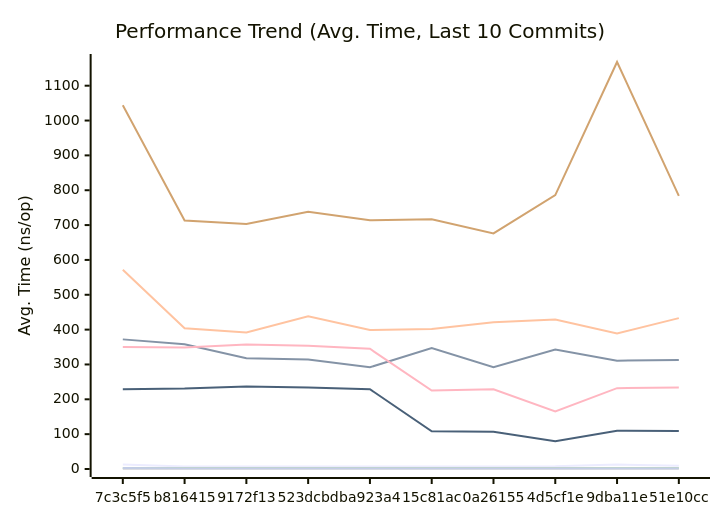
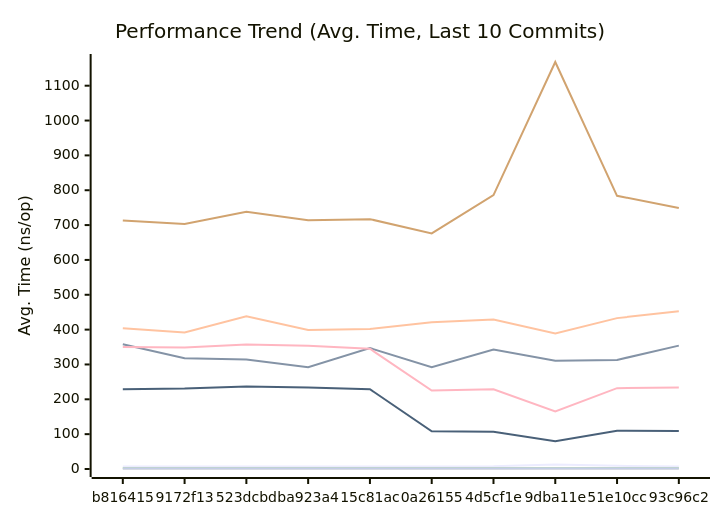
Before and after one commit to alsotoes/momo: the first of 3 diagrams in docs/PERFORMANCE.md, drawn with Mermaid. The commit also changed other lines of this file and 2 other files, not shown here.

````diff
--- a/docs/PERFORMANCE.md
+++ b/docs/PERFORMANCE.md
@@ -80,16 +80,16 @@
 ```mermaid
 xychart-beta
     title "Performance Trend (Avg. Time, Last 10 Commits)"
     x-axis "Commit"
     y-axis "Avg. Time (ns/op)"
-    x-axis [7c3c5f5,b816415,9172f13,523dcbd,ba923a4,15c81ac,0a26155,4d5cf1e,9dba11e,51e10cc]
-    line "CheckMetricsAndSwap" [13,7,7,7,7,7,7,8,13,9]
-    line "CrushOptimized" [372,358,318,314,292,347,292,343,311,313]
-    line "CrushOriginal" [572,404,392,438,399,402,421,429,389,433]
+    x-axis [b816415,9172f13,523dcbd,ba923a4,15c81ac,0a26155,4d5cf1e,9dba11e,51e10cc,93c96c2]
+    line "CheckMetricsAndSwap" [7,7,7,7,7,7,8,13,9,7]
+    line "CrushOptimized" [358,318,314,292,347,292,343,311,313,354]
+    line "CrushOriginal" [404,392,438,399,402,421,429,389,433,453]
     line "IndexDirectTracking" [0,0,0,0,0,0,0,0,0,0]
     line "IndexSearch" [3,3,3,3,3,3,3,3,3,3]
-    line "LoadGlobalConfig" [1044,713,703,738,714,717,676,786,1168,784]
-    line "PadString" [3,2,2,2,2,2,2,2,2,2]
+    line "LoadGlobalConfig" [713,703,738,714,717,676,786,1168,784,749]
+    line "PadString" [2,2,2,2,2,2,2,2,2,2]
     line "ParseReplicationOrder_NoPrealloc" [350,349,357,354,345,225,229,165,232,234]
     line "ParseReplicationOrder_Prealloc" [229,231,237,234,229,108,107,80,110,109]
 ```
````
